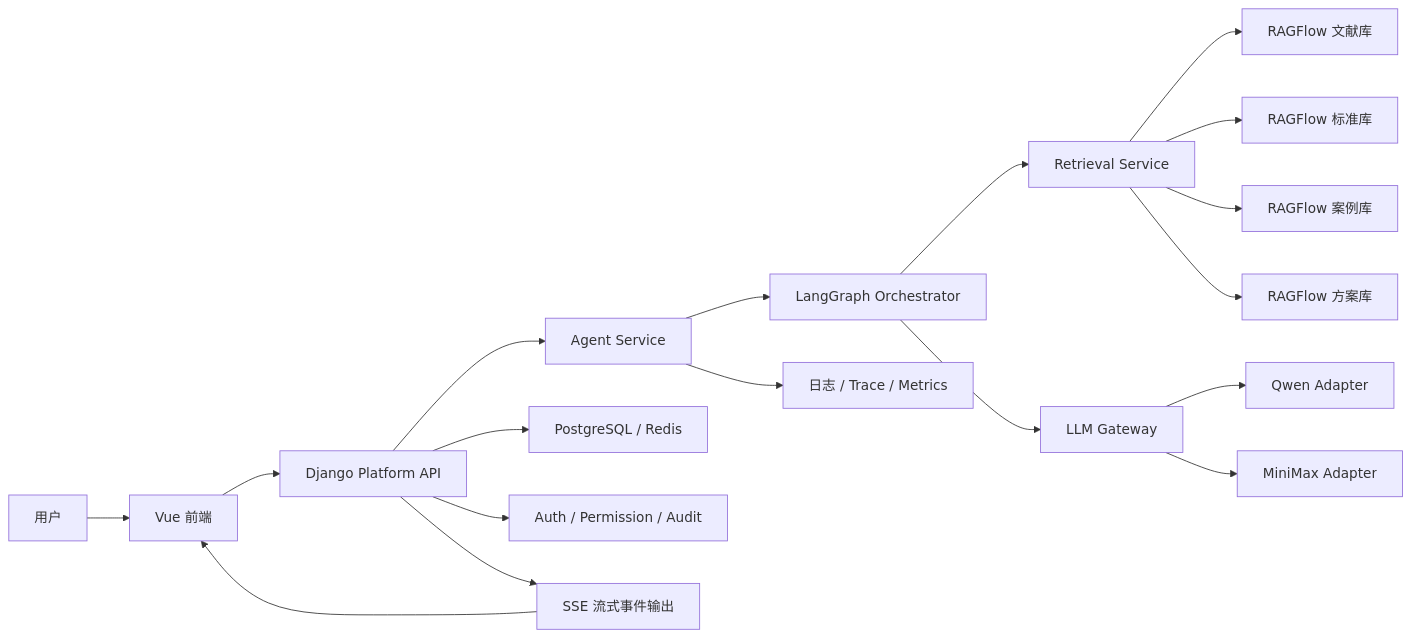
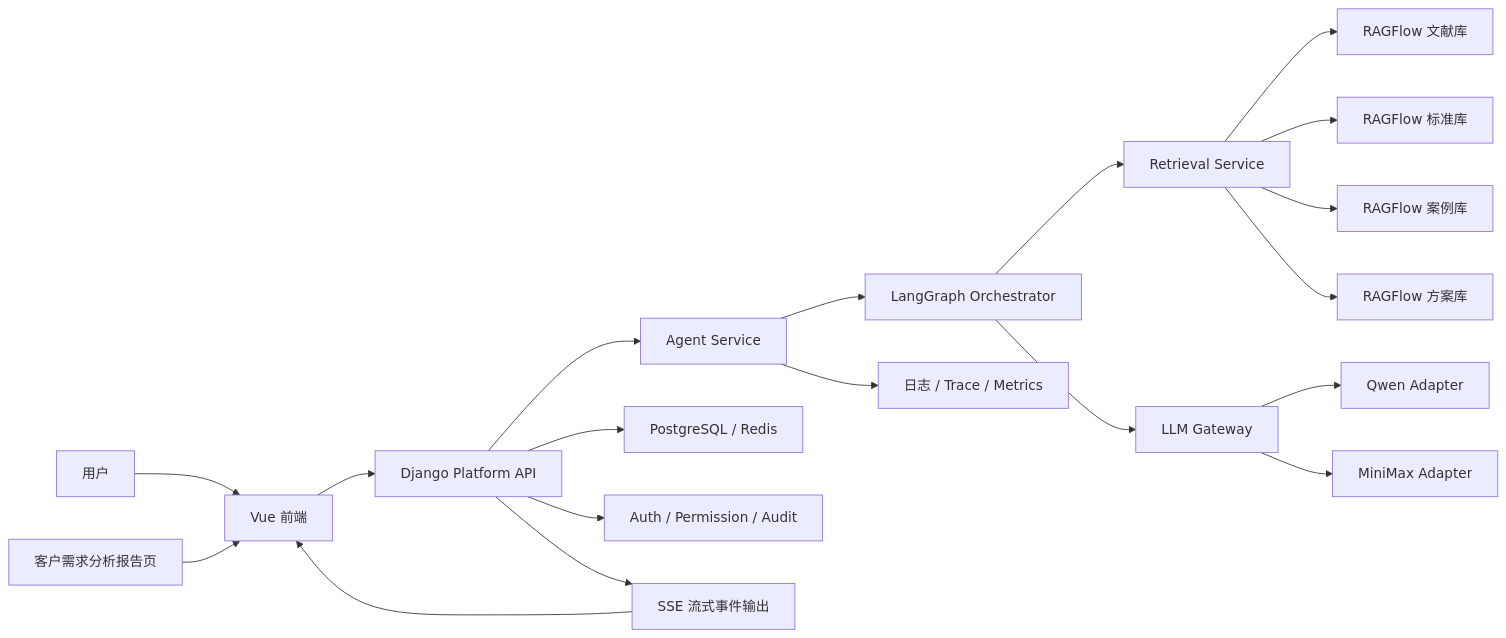
Before and after one commit to Jarodlan/poweragent-presales-platform: the diagram in 项目文档/02-技术设计/电力行业解决方案生成Agent_技术架构设计说明书.md, drawn with Mermaid. The commit also changed other lines of this file and 13 other files, not shown here.

````diff
--- a/项目文档/02-技术设计/电力行业解决方案生成Agent_技术架构设计说明书.md
+++ b/项目文档/02-技术设计/电力行业解决方案生成Agent_技术架构设计说明书.md
@@ -38,20 +40,21 @@
 ```mermaid
 flowchart LR
     U["用户"] --> V["Vue 前端"]
+    CD["客户需求分析报告页"] --> V
     V --> DJ["Django Platform API"]
     DJ --> AG["Agent Service"]
     AG --> LG["LangGraph Orchestrator"]
     LG --> RET["Retrieval Service"]
     RET --> R1["RAGFlow 文献库"]
     RET --> R2["RAGFlow 标准库"]
     RET --> R3["RAGFlow 案例库"]
     RET --> R4["RAGFlow 方案库"]
     LG --> LLM["LLM Gateway"]
     LLM --> QW["Qwen Adapter"]
     LLM --> MM["MiniMax Adapter"]
     DJ --> DB["PostgreSQL / Redis"]
     DJ --> AUTH["Auth / Permission / Audit"]
     AG --> OBS["日志 / Trace / Metrics"]
     DJ --> SSE["SSE 流式事件输出"]
     SSE --> V
 ```
````
